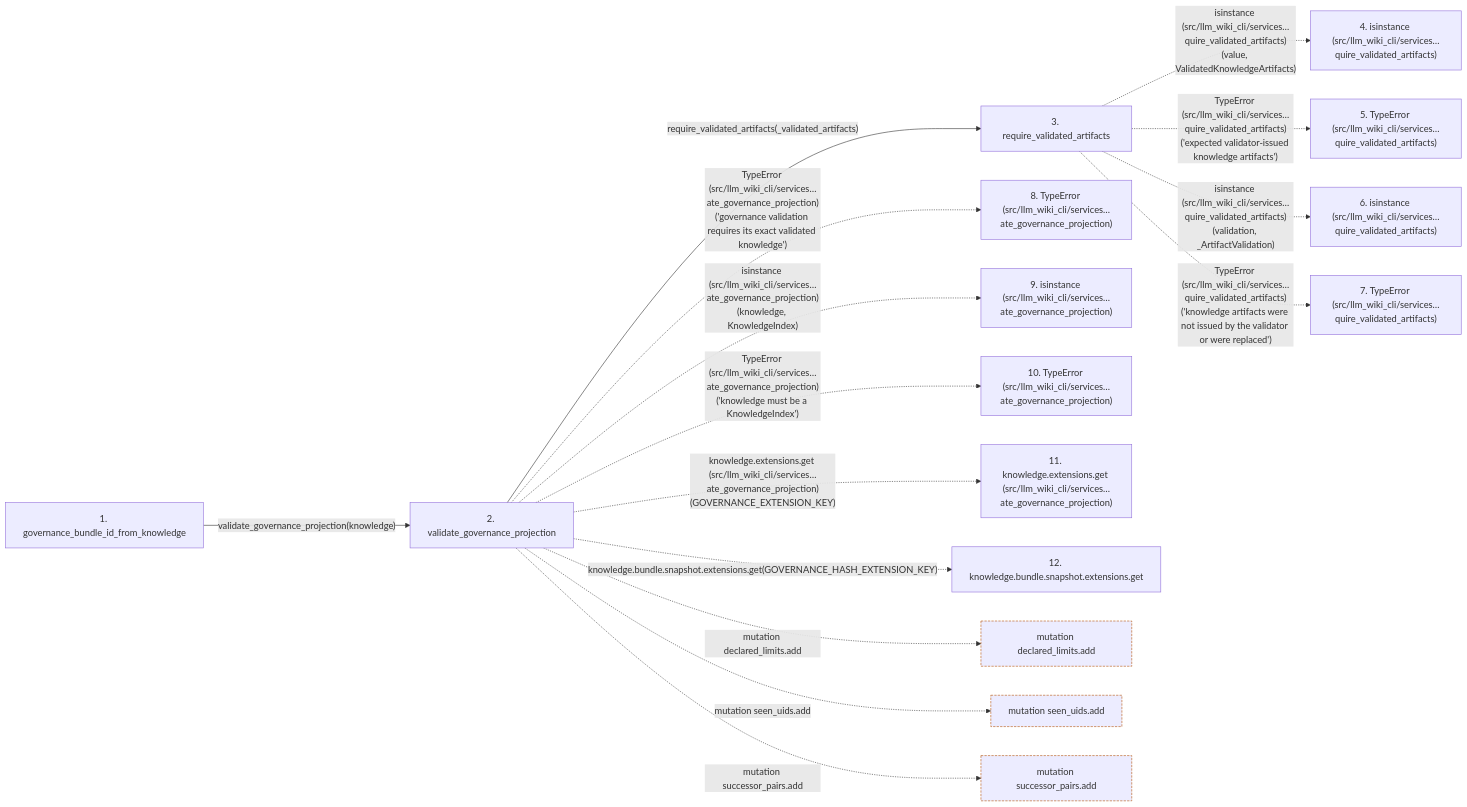
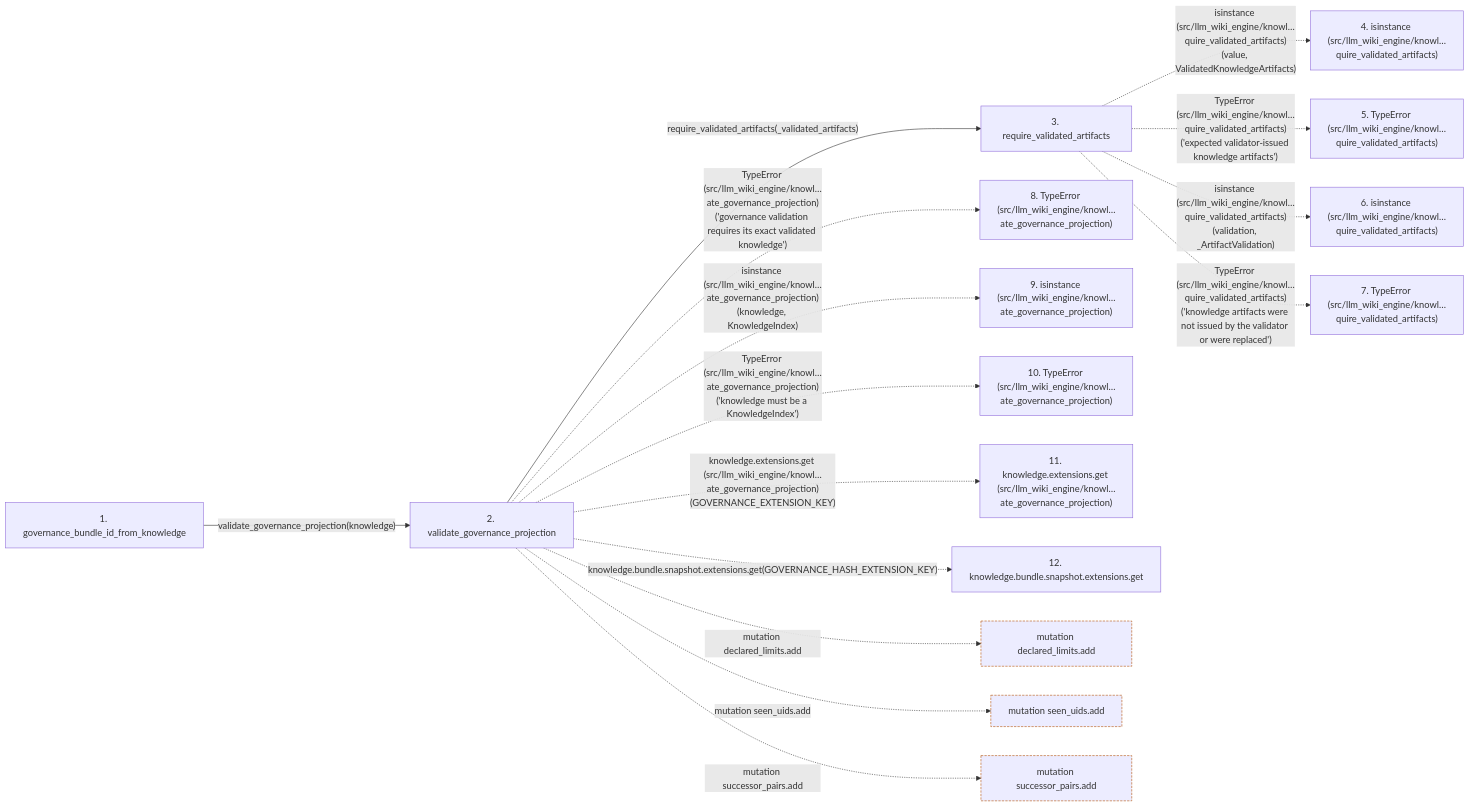
Before and after one commit to Denissvgn/python-wiki-llm: the second of 2 diagrams in docs/llm_wiki/flows/api-governance_bundle_id_from_knowledge.md, drawn with Mermaid. The commit also changed other lines of this file and 1058 other files, not shown here.

First line of the commit message:
docs: refresh the wiki for the knowledge store move

````diff
--- a/docs/llm_wiki/flows/api-governance_bundle_id_from_knowledge.md
+++ b/docs/llm_wiki/flows/api-governance_bundle_id_from_knowledge.md
@@ -143,39 +143,39 @@
 ```mermaid
 flowchart LR
     s1["1. governance_bundle_id_from_knowledge"]
     s2["2. validate_governance_projection"]
     s3["3. require_validated_artifacts"]
-    s4["4. isinstance (src/llm_wiki_cli/services…quire_validated_artifacts)"]
-    s5["5. TypeError (src/llm_wiki_cli/services…quire_validated_artifacts)"]
-    s6["6. isinstance (src/llm_wiki_cli/services…quire_validated_artifacts)"]
-    s7["7. TypeError (src/llm_wiki_cli/services…quire_validated_artifacts)"]
-    s8["8. TypeError (src/llm_wiki_cli/services…ate_governance_projection)"]
-    s9["9. isinstance (src/llm_wiki_cli/services…ate_governance_projection)"]
-    s10["10. TypeError (src/llm_wiki_cli/services…ate_governance_projection)"]
-    s11["11. knowledge.extensions.get (src/llm_wiki_cli/services…ate_governance_projection)"]
+    s4["4. isinstance (src/llm_wiki_engine/knowl…quire_validated_artifacts)"]
+    s5["5. TypeError (src/llm_wiki_engine/knowl…quire_validated_artifacts)"]
+    s6["6. isinstance (src/llm_wiki_engine/knowl…quire_validated_artifacts)"]
+    s7["7. TypeError (src/llm_wiki_engine/knowl…quire_validated_artifacts)"]
+    s8["8. TypeError (src/llm_wiki_engine/knowl…ate_governance_projection)"]
+    s9["9. isinstance (src/llm_wiki_engine/knowl…ate_governance_projection)"]
+    s10["10. TypeError (src/llm_wiki_engine/knowl…ate_governance_projection)"]
+    s11["11. knowledge.extensions.get (src/llm_wiki_engine/knowl…ate_governance_projection)"]
     s12["12. knowledge.bundle.snapshot.extensions.get"]
     s1 -->|"validate_governance_projection(knowledge)"| s2
     s2 -->|"require_validated_artifacts(_validated_artifacts)"| s3
-    s3 -. "isinstance (src/llm_wiki_cli/services…quire_validated_artifacts)(value, ValidatedKnowledgeArtifacts)" .-> s4
-    s3 -. "TypeError (src/llm_wiki_cli/services…quire_validated_artifacts)('expected validator-issued knowledge artifacts')" .-> s5
-    s3 -. "isinstance (src/llm_wiki_cli/services…quire_validated_artifacts)(validation, _ArtifactValidation)" .-> s6
-    s3 -. "TypeError (src/llm_wiki_cli/services…quire_validated_artifacts)('knowledge artifacts were not issued by the validator or were replaced')" .-> s7
-    s2 -. "TypeError (src/llm_wiki_cli/services…ate_governance_projection)('governance validation requires its exact validated knowledge')" .-> s8
-    s2 -. "isinstance (src/llm_wiki_cli/services…ate_governance_projection)(knowledge, KnowledgeIndex)" .-> s9
-    s2 -. "TypeError (src/llm_wiki_cli/services…ate_governance_projection)('knowledge must be a KnowledgeIndex')" .-> s10
-    s2 -. "knowledge.extensions.get (src/llm_wiki_cli/services…ate_governance_projection)(GOVERNANCE_EXTENSION_KEY)" .-> s11
+    s3 -. "isinstance (src/llm_wiki_engine/knowl…quire_validated_artifacts)(value, ValidatedKnowledgeArtifacts)" .-> s4
+    s3 -. "TypeError (src/llm_wiki_engine/knowl…quire_validated_artifacts)('expected validator-issued knowledge artifacts')" .-> s5
+    s3 -. "isinstance (src/llm_wiki_engine/knowl…quire_validated_artifacts)(validation, _ArtifactValidation)" .-> s6
+    s3 -. "TypeError (src/llm_wiki_engine/knowl…quire_validated_artifacts)('knowledge artifacts were not issued by the validator or were replaced')" .-> s7
+    s2 -. "TypeError (src/llm_wiki_engine/knowl…ate_governance_projection)('governance validation requires its exact validated knowledge')" .-> s8
+    s2 -. "isinstance (src/llm_wiki_engine/knowl…ate_governance_projection)(knowledge, KnowledgeIndex)" .-> s9
+    s2 -. "TypeError (src/llm_wiki_engine/knowl…ate_governance_projection)('knowledge must be a KnowledgeIndex')" .-> s10
+    s2 -. "knowledge.extensions.get (src/llm_wiki_engine/knowl…ate_governance_projection)(GOVERNANCE_EXTENSION_KEY)" .-> s11
     s2 -. "knowledge.bundle.snapshot.extensions.get(GOVERNANCE_HASH_EXTENSION_KEY)" .-> s12
     b0["mutation declared_limits.add"]
     s2 -. "mutation declared_limits.add" .-> b0
     b1["mutation seen_uids.add"]
     s2 -. "mutation seen_uids.add" .-> b1
     b2["mutation successor_pairs.add"]
     s2 -. "mutation successor_pairs.add" .-> b2
     click s1 "../modules/knowledge_governance.md"
     click s2 "../modules/knowledge_governance.md"
     click s3 "../modules/knowledge_artifacts.md"
     classDef boundary stroke:#b45309,stroke-dasharray: 4 2
     class b0 boundary
     class b1 boundary
     class b2 boundary
 ```
````
